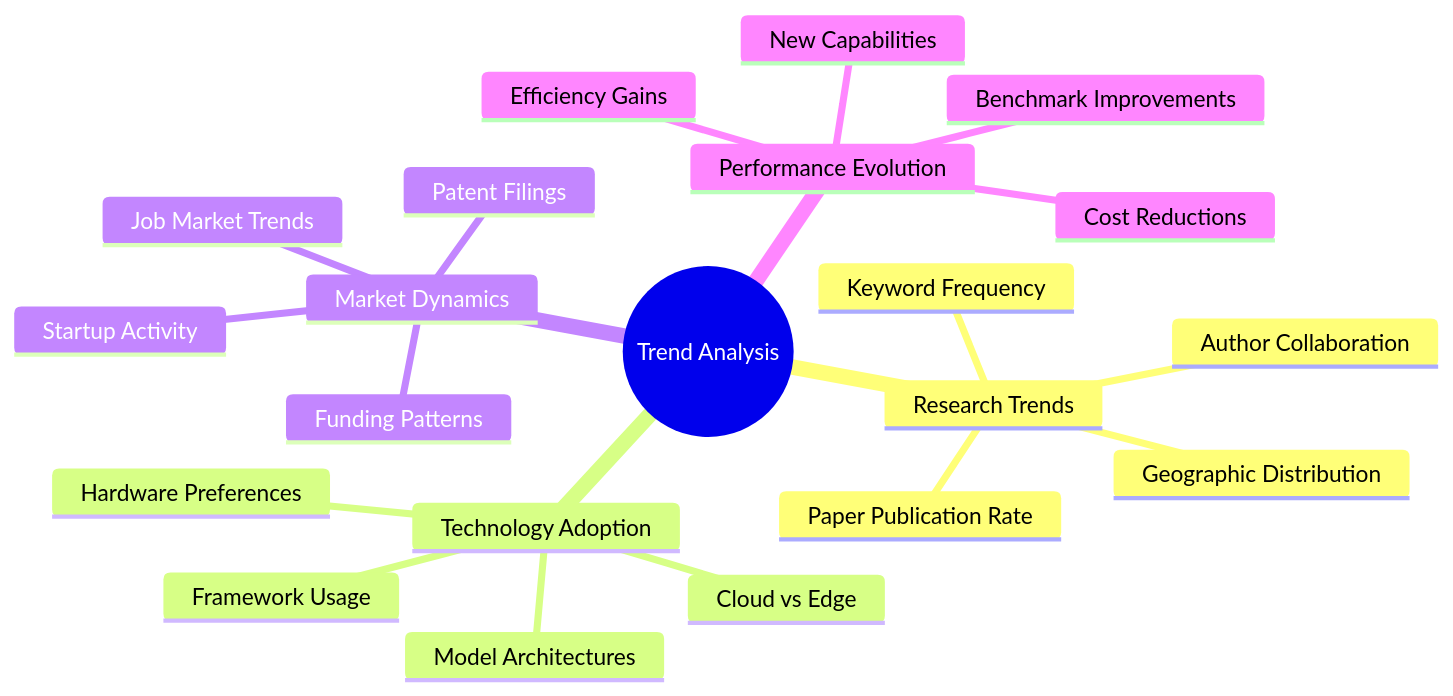
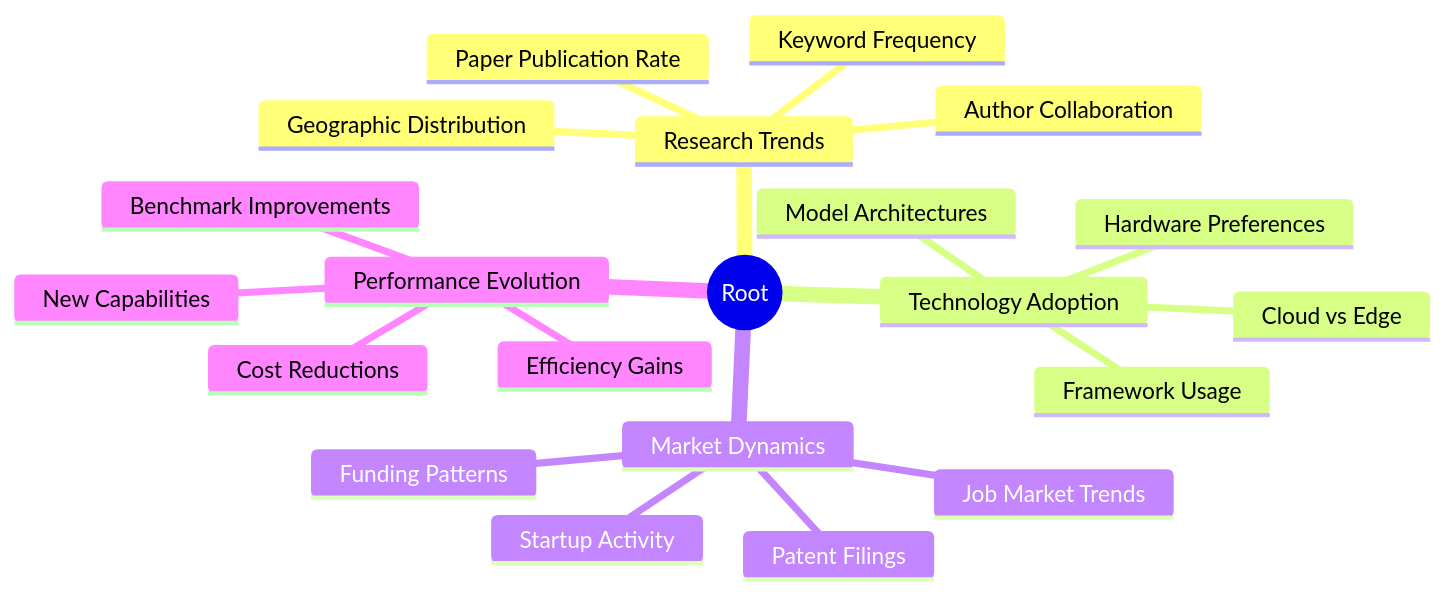
The fourth of 8 diagrams in docs/performance_monitoring.md (sachin-deshik-10/RADAR_LIBRARY), drawn with Mermaid before and after one commit. The commit also changed 22 other files, not shown here.

First line of the commit message:
Implement automated Mermaid diagram fixer and validator

````diff
--- a/docs/performance_monitoring.md
+++ b/docs/performance_monitoring.md
@@ -76,24 +76,24 @@
 ```mermaid
 mindmap
-  root((Trend Analysis))
+  root((Root))
     Research Trends
       Paper Publication Rate
       Keyword Frequency
       Author Collaboration
       Geographic Distribution
     Technology Adoption
       Framework Usage
       Model Architectures
       Hardware Preferences
       Cloud vs Edge
     Market Dynamics
       Funding Patterns
       Startup Activity
       Patent Filings
       Job Market Trends
     Performance Evolution
       Benchmark Improvements
       Efficiency Gains
       Cost Reductions
       New Capabilities
 ```
````
